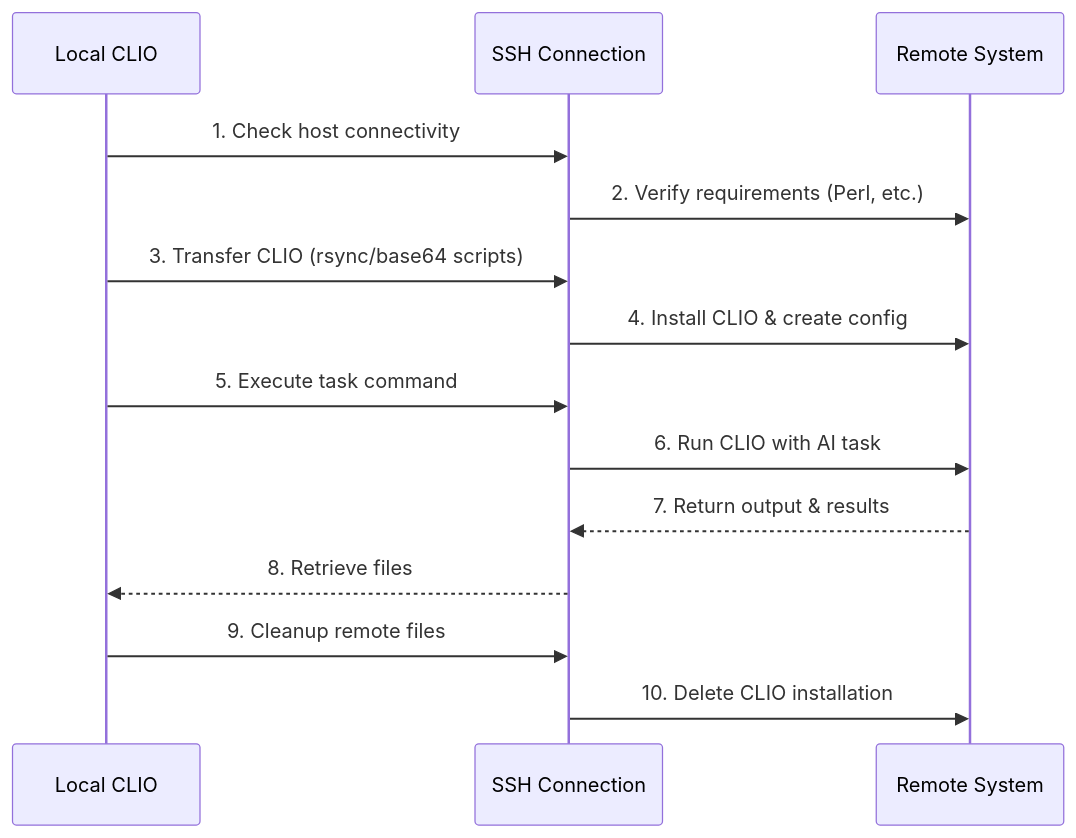
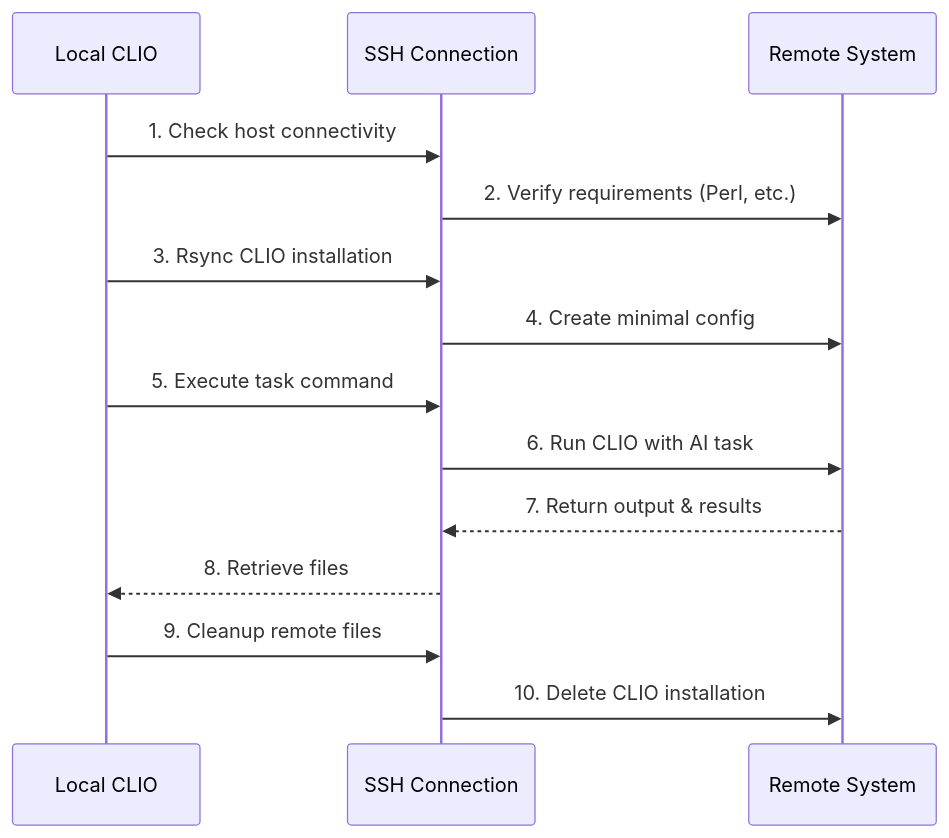
Before and after one commit to SyntheticAutonomicMind/CLIO: the diagram in docs/REMOTE_EXECUTION.md, drawn with Mermaid. The commit also changed other lines of this file and 24 other files, not shown here.

````diff
--- a/docs/REMOTE_EXECUTION.md
+++ b/docs/REMOTE_EXECUTION.md
@@ -477,17 +477,17 @@
 ```mermaid
 sequenceDiagram
     participant Local as Local CLIO
     participant SSH as SSH Connection
     participant Remote as Remote System
 
     Local->>SSH: 1. Check host connectivity
     SSH->>Remote: 2. Verify requirements (Perl, etc.)
-    Local->>SSH: 3. Transfer CLIO (rsync/base64 scripts)
-    SSH->>Remote: 4. Install CLIO & create config
+    Local->>SSH: 3. Rsync CLIO installation
+    SSH->>Remote: 4. Create minimal config
     Local->>SSH: 5. Execute task command
     SSH->>Remote: 6. Run CLIO with AI task
     Remote-->>SSH: 7. Return output & results
     SSH-->>Local: 8. Retrieve files
     Local->>SSH: 9. Cleanup remote files
     SSH->>Remote: 10. Delete CLIO installation
 ```
````
